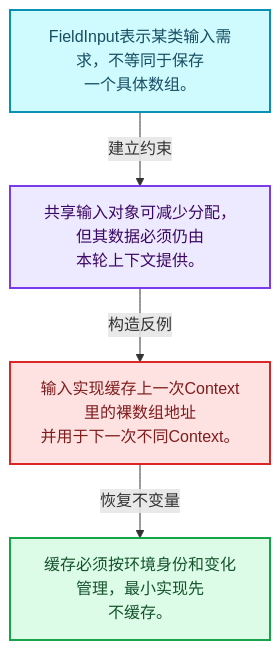
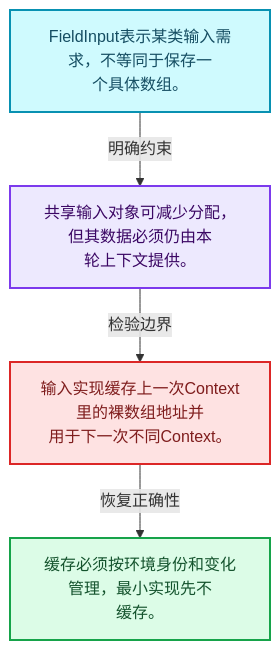
The first of 4 diagrams in 杂/markdown/全面学习-codex/08-Field表达式与求值/04-FieldInput输入节点.md (yunkezengren/blender-.vscode), drawn with Mermaid before and after one commit. The commit also changed other lines of this file and 1930 other files, not shown here.

````diff
--- a/杂/markdown/全面学习-codex/08-Field表达式与求值/04-FieldInput输入节点.md
+++ b/杂/markdown/全面学习-codex/08-Field表达式与求值/04-FieldInput输入节点.md
@@ -29,16 +29,16 @@
 ```mermaid
 flowchart TB
-  M["FieldInput表示某类输入需求，不等同于保存<br/>一个具体数组。"]:::data
-  T["共享输入对象可减少分配，但其数据必须仍由<br/>本轮上下文提供。"]:::abstraction
-  X["输入实现缓存上一次Context里的裸数组地址<br/>并用于下一次不同Context。"]:::error
-  A["缓存必须按环境身份和变化管理，最小实现先<br/>不缓存。"]:::result
-  M -->|"建立约束"| T
-  T -->|"构造反例"| X
-  X -->|"恢复不变量"| A
+  M["FieldInput表示某类输入需求，不等同于保存一<br/>个具体数组。"]:::data
+  C["共享输入对象可减少分配，但其数据必须仍由本<br/>轮上下文提供。"]:::abstraction
+  B["输入实现缓存上一次Context里的裸数组地址并<br/>用于下一次不同Context。"]:::error
+  R["缓存必须按环境身份和变化管理，最小实现先不<br/>缓存。"]:::result
+  M -->|"明确约束"| C
+  C -->|"检验边界"| B
+  B -->|"恢复正确性"| R
   classDef input fill:#DBEAFE,stroke:#2563EB,color:#172554,stroke-width:2px;
   classDef data fill:#CFFAFE,stroke:#0891B2,color:#164E63,stroke-width:2px;
   classDef abstraction fill:#EDE9FE,stroke:#7C3AED,color:#3B0764,stroke-width:2px;
   classDef compute fill:#FEF3C7,stroke:#D97706,color:#78350F,stroke-width:2px;
   classDef result fill:#DCFCE7,stroke:#16A34A,color:#14532D,stroke-width:2px;
   classDef error fill:#FEE2E2,stroke:#DC2626,color:#7F1D1D,stroke-width:2px;
 ```
````
